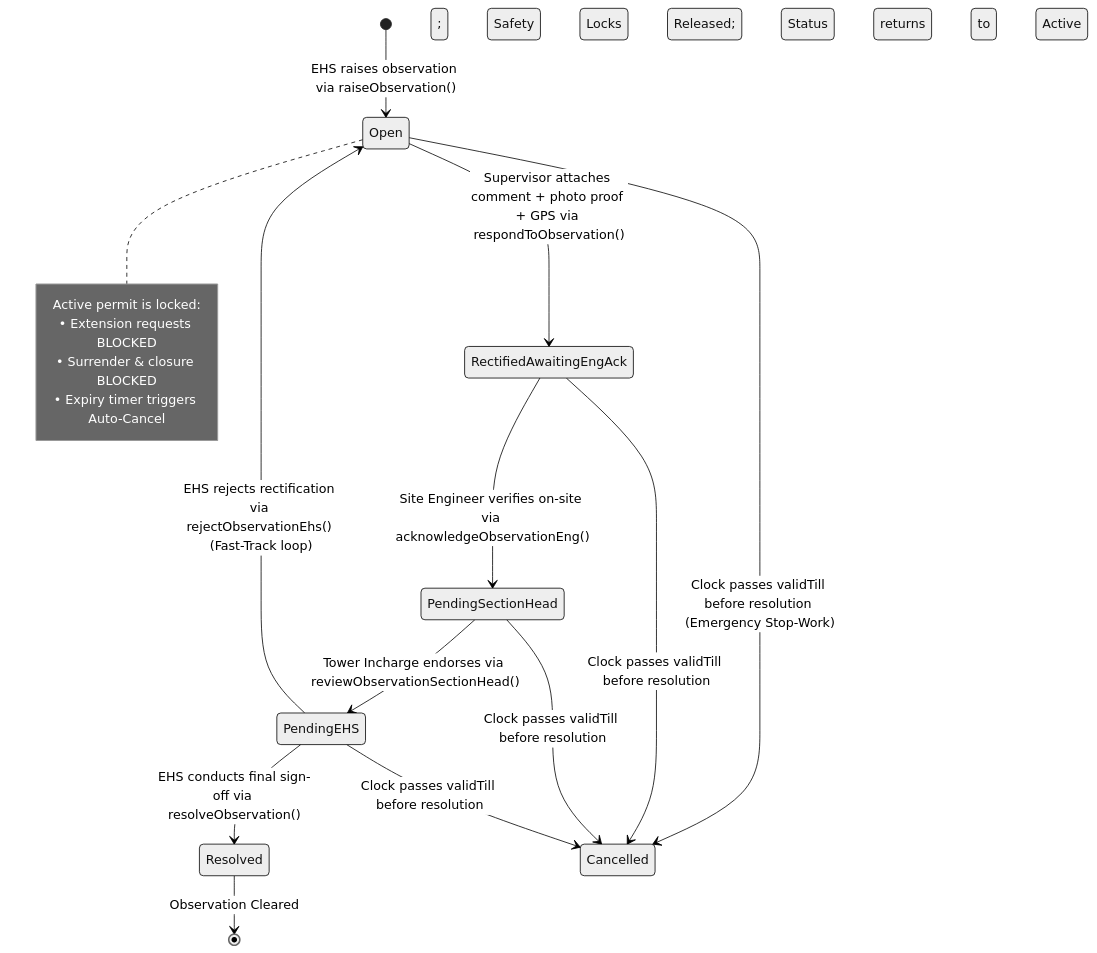
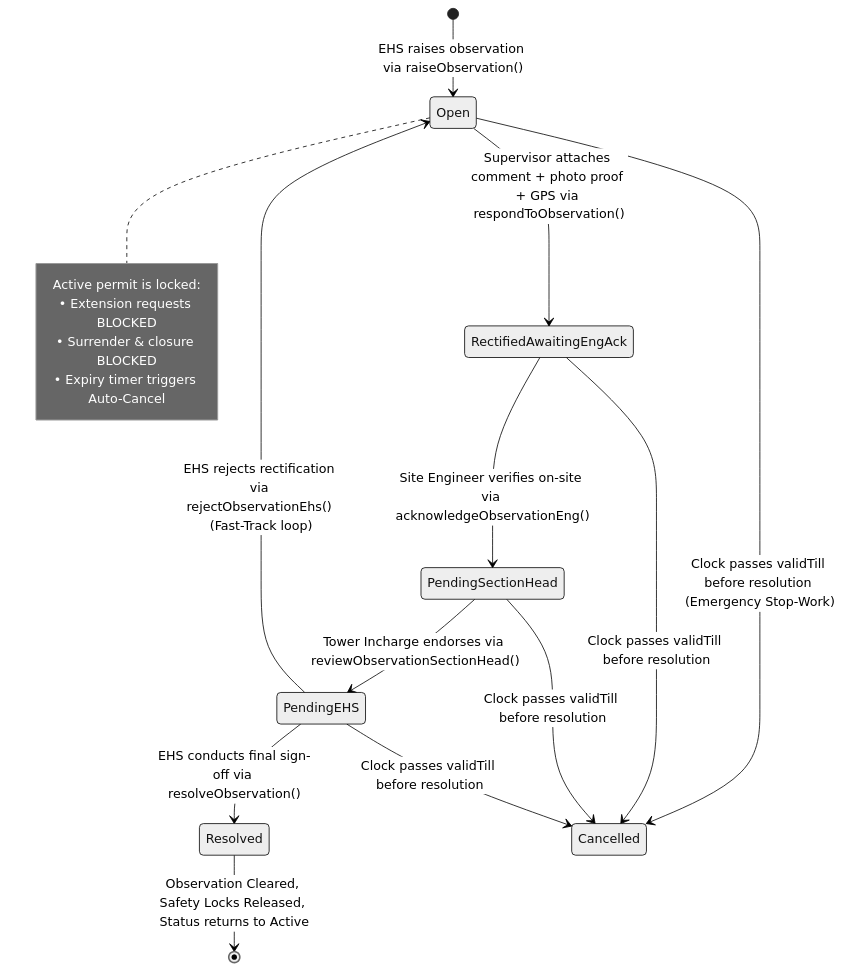
Before and after one commit to AuroGroupAutomationBot/ARPL-EHS-Demo: diagram 41 of 44 in README.md, drawn with Mermaid (neutral theme). The commit also changed other lines of this file, not shown here.

````diff
--- a/README.md
+++ b/README.md
@@ -3091,26 +3130,26 @@
 ```mermaid
 stateDiagram-v2
     [*] --> Open : EHS raises observation via raiseObservation()
     
     note right of Open
         Active permit is locked:
         • Extension requests BLOCKED
         • Surrender & closure BLOCKED
         • Expiry timer triggers Auto-Cancel
     end note
 
     Open --> RectifiedAwaitingEngAck : Supervisor attaches comment + photo proof + GPS via respondToObservation()
     RectifiedAwaitingEngAck --> PendingSectionHead : Site Engineer verifies on-site via acknowledgeObservationEng()
     
     PendingSectionHead --> PendingEHS : Tower Incharge endorses via reviewObservationSectionHead()
     
     PendingEHS --> Open : EHS rejects rectification via rejectObservationEhs() (Fast-Track loop)
     PendingEHS --> Resolved : EHS conducts final sign-off via resolveObservation()
     
-    Resolved --> [*] : Observation Cleared; Safety Locks Released; Status returns to Active
+    Resolved --> [*] : Observation Cleared, Safety Locks Released, Status returns to Active
     
     Open --> Cancelled : Clock passes validTill before resolution (Emergency Stop-Work)
     RectifiedAwaitingEngAck --> Cancelled : Clock passes validTill before resolution
     PendingSectionHead --> Cancelled : Clock passes validTill before resolution
     PendingEHS --> Cancelled : Clock passes validTill before resolution
 ```
````
